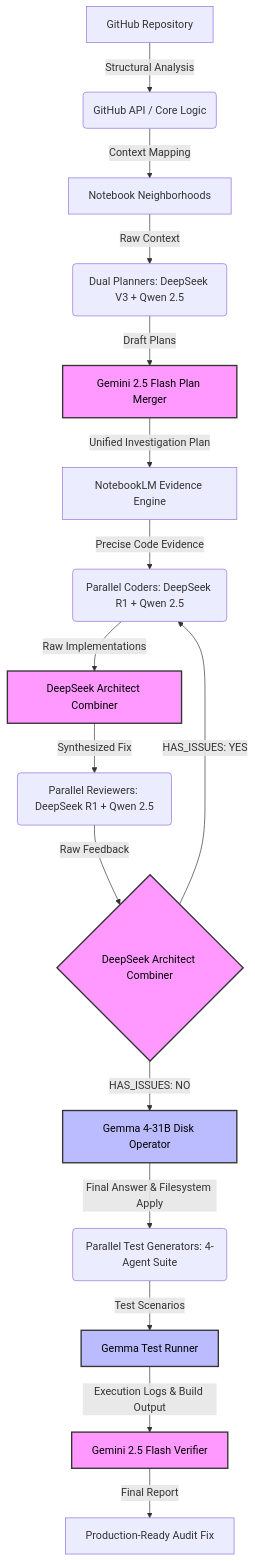
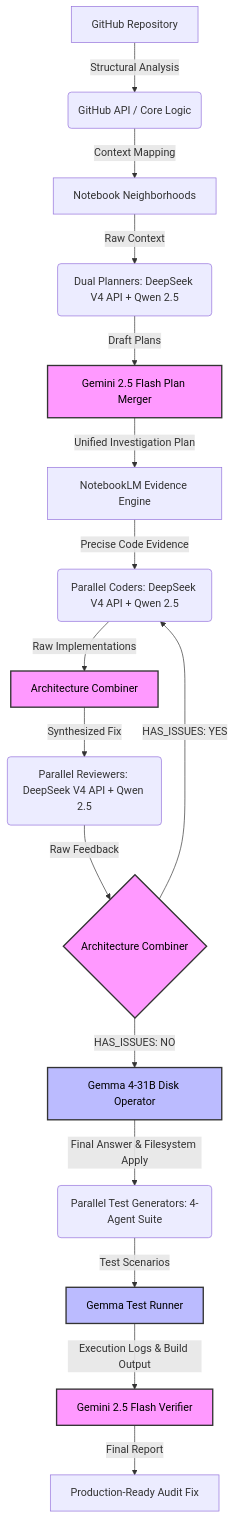
Before and after one commit to jaadu611/repoorbit: the diagram in README.md, drawn with Mermaid. The commit also changed other lines of this file and 42 other files, not shown here.

````diff
--- a/README.md
+++ b/README.md
@@ -13,31 +13,31 @@
 ```mermaid
 graph TD
     A[ GitHub Repository ] -->| Structural Analysis | B( GitHub API / Core Logic )
     B -->| Context Mapping | C[ Notebook Neighborhoods ]
     
-    C -->| Raw Context | D( Dual Planners: DeepSeek V3 + Qwen 2.5 )
+    C -->| Raw Context | D( Dual Planners: DeepSeek V4 API + Qwen 2.5 )
     D -->| Draft Plans | E[ Gemini 2.5 Flash Plan Merger ]
     E -->| Unified Investigation Plan | F[ NotebookLM Evidence Engine ]
     
-    F -->| Precise Code Evidence | G( Parallel Coders: DeepSeek R1 + Qwen 2.5 )
-    G -->| Raw Implementations | H[ DeepSeek Architect Combiner ]
+    F -->| Precise Code Evidence | G( Parallel Coders: DeepSeek V4 API + Qwen 2.5 )
+    G -->| Raw Implementations | H[ Architecture Combiner ]
     
-    H -->| Synthesized Fix | I( Parallel Reviewers: DeepSeek R1 + Qwen 2.5 )
-    I -->| Raw Feedback | J{ DeepSeek Architect Combiner }
+    H -->| Synthesized Fix | I( Parallel Reviewers: DeepSeek V4 API + Qwen 2.5 )
+    I -->| Raw Feedback | J{ Architecture Combiner }
     
     J -->| HAS_ISSUES: YES | G
     J -->| HAS_ISSUES: NO | K[ Gemma 4-31B Disk Operator ]
     
     K -->| Final Answer & Filesystem Apply | L( Parallel Test Generators: 4-Agent Suite )
     L -->| Test Scenarios | M[ Gemma Test Runner ]
     
     M -->| Execution Logs & Build Output | N[ Gemini 2.5 Flash Verifier ]
     N -->| Final Report | O[ Production-Ready Audit Fix ]
 
     style E fill:#f9f,stroke:#333,stroke-width:2px,color:#000
     style H fill:#f9f,stroke:#333,stroke-width:2px,color:#000
     style J fill:#f9f,stroke:#333,stroke-width:2px,color:#000
     style N fill:#f9f,stroke:#333,stroke-width:2px,color:#000
     style K fill:#bbf,stroke:#333,stroke-width:2px,color:#000
     style M fill:#bbf,stroke:#333,stroke-width:2px,color:#000
 ```
````
